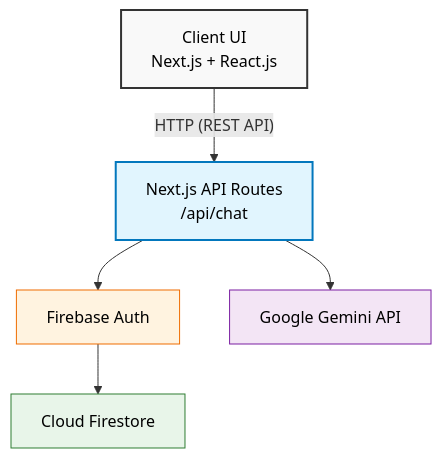
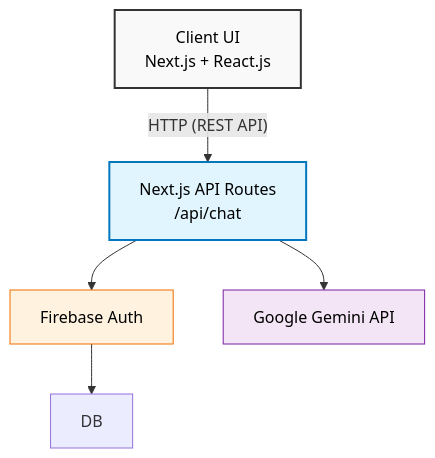
Before and after one commit to Jayasree273/smart-ration: the diagram in README.md, drawn with Mermaid.

````diff
--- a/README.md
+++ b/README.md
@@ -49,22 +49,20 @@
 ```mermaid
 graph TD
     %% Nodes
     UI[Client UI<br/>Next.js + React.js]
     API[Next.js API Routes<br/>/api/chat]
     Auth[Firebase Auth]
     Gemini[Google Gemini API]
-    DB[Cloud Firestore]
 
     %% Connections
     UI -- "HTTP (REST API)" --> API
     API --> Auth
     API --> Gemini
     Auth --> DB
 
     %% Styling
     style UI fill:#f9f9f9,stroke:#333,stroke-width:2px,color:#000000
     style API fill:#e1f5fe,stroke:#0277bd,stroke-width:2px,color:#000000
     style Auth fill:#fff3e0,stroke:#ef6c00,color:#000000
     style Gemini fill:#f3e5f5,stroke:#7b1fa2,color:#000000
-    style DB fill:#e8f5e9,stroke:#2e7d32,color:#000000
 ```
````
